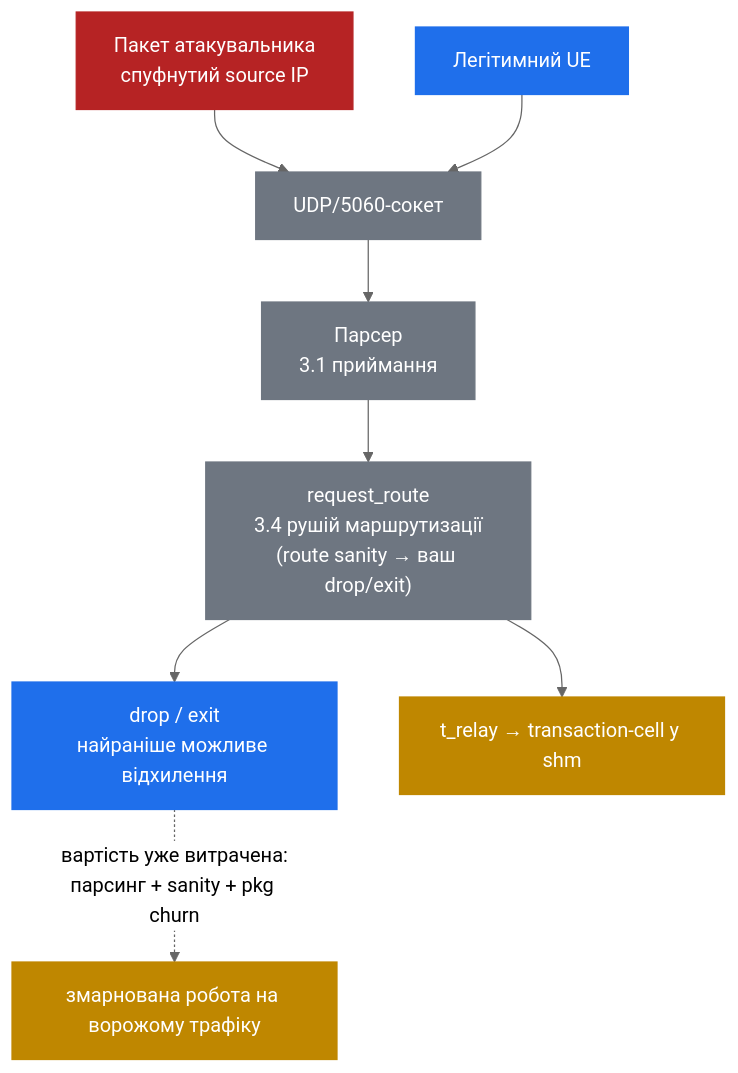
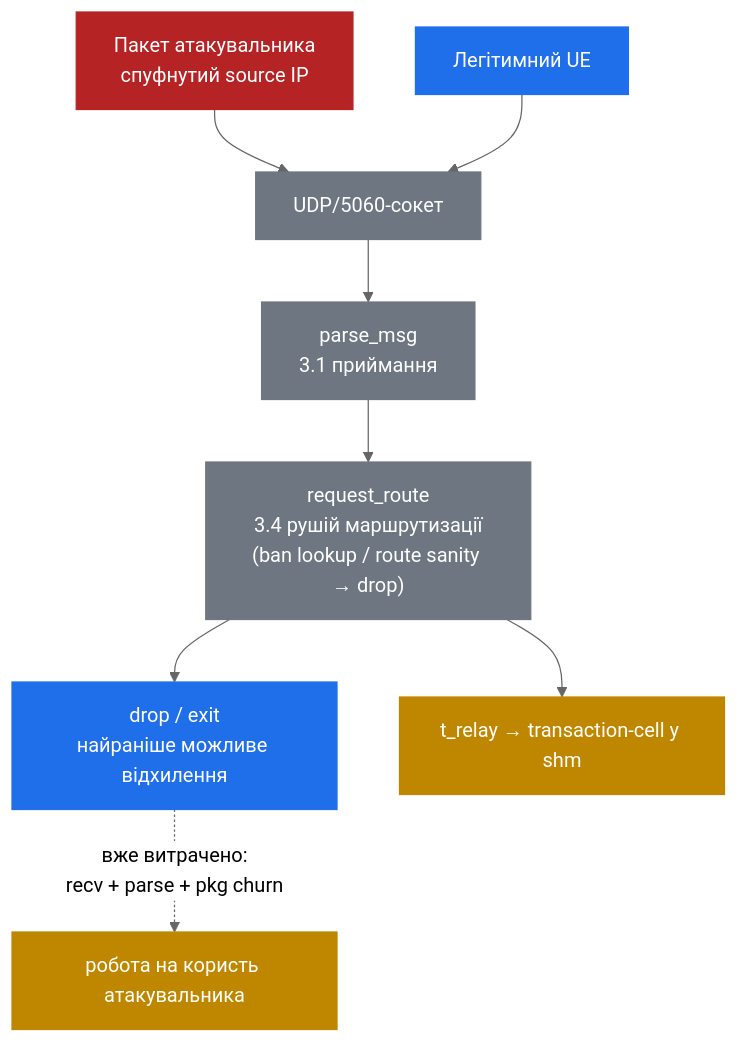
The diagram in docs/uk/36-security-surface.md (denyspozniak/kamailio-handbook), drawn with Mermaid (neutral theme) before and after one commit. The commit also changed other lines of this file and 7 other files, not shown here.

````diff
--- a/docs/uk/36-security-surface.md
+++ b/docs/uk/36-security-surface.md
@@ -44,21 +31,21 @@
 ```mermaid
 flowchart TB
     A[Пакет атакувальника<br/>спуфнутий source IP] --> SOCK
     G[Легітимний UE] --> SOCK[UDP/5060-сокет]
-    SOCK --> P[Парсер<br/>3.1 приймання]
-    P --> RR["request_route<br/>3.4 рушій маршрутизації<br/>(route sanity → ваш drop/exit)"]
+    SOCK --> P[parse_msg<br/>3.1 приймання]
+    P --> RR["request_route<br/>3.4 рушій маршрутизації<br/>(ban lookup / route sanity → drop)"]
     RR --> REJECT[drop / exit<br/>найраніше можливе відхилення]
     RR --> WORK[t_relay → transaction-cell у shm]
 
-    REJECT -.->|вартість уже витрачена:<br/>парсинг + sanity + pkg churn| WASTE[змарнована робота на ворожому трафіку]
+    REJECT -.->|вже витрачено:<br/>recv + parse + pkg churn| WASTE[робота на користь атакувальника]
 
     classDef bad fill:#b62324,stroke:#b62324,color:#fff
     classDef good fill:#1f6feb,stroke:#1f6feb,color:#fff
     classDef pipe fill:#6e7681,stroke:#6e7681,color:#fff
     classDef warn fill:#bf8700,stroke:#bf8700,color:#fff
     class A bad
     class G good
     class SOCK,P,RR pipe
     class REJECT good
     class WASTE,WORK warn
 ```
````
